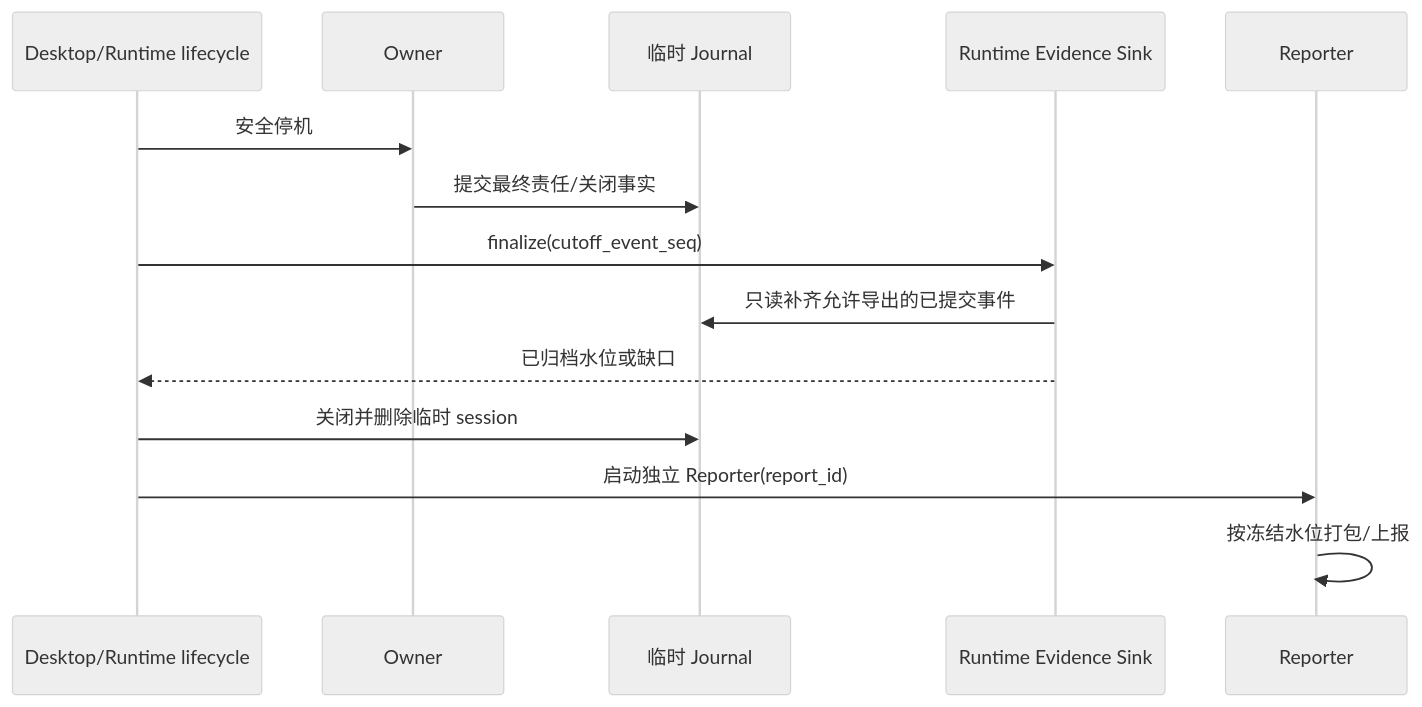
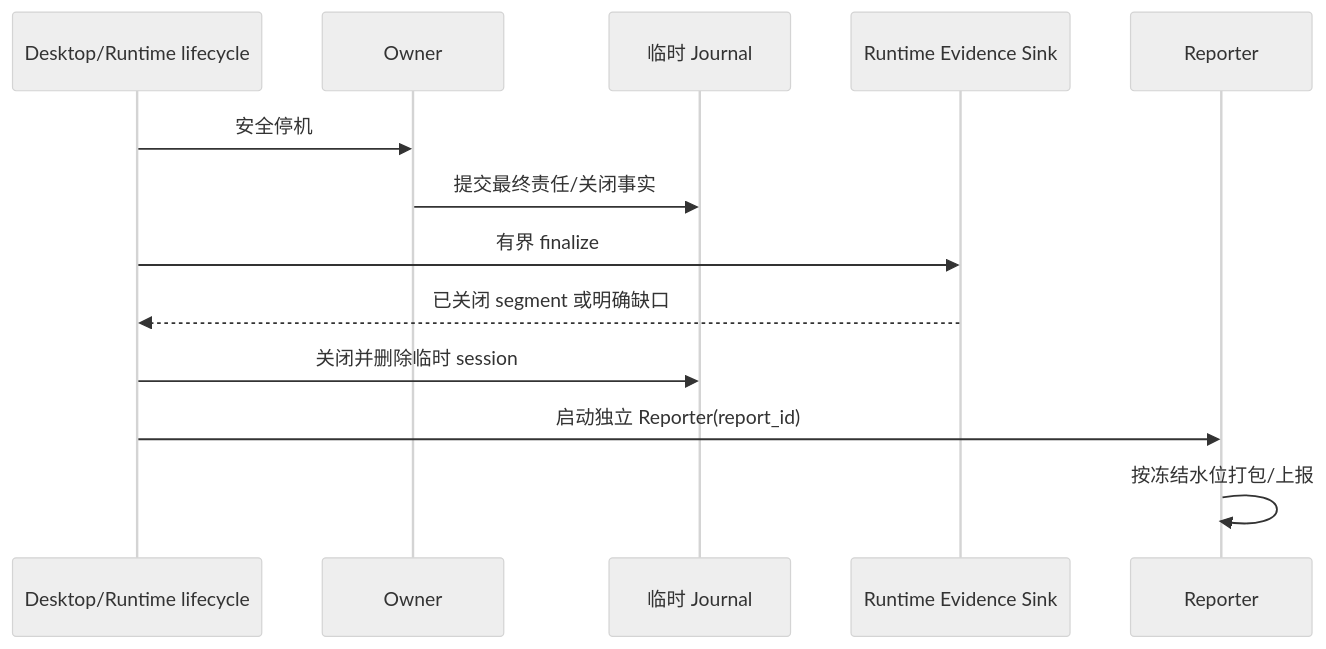
One commit to Yoruto/OnlineTrader changed the third of 3 diagrams in docs/refactor/runtime-workbench-diagnostics-reporting-20261124.md. Above: the diagram before and after it, drawn with Mermaid (neutral theme). The commit also changed other lines of this file and 39 other files, not shown here.

````diff
--- a/docs/refactor/runtime-workbench-diagnostics-reporting-20261124.md
+++ b/docs/refactor/runtime-workbench-diagnostics-reporting-20261124.md
@@ -416,16 +430,15 @@
 ```mermaid
 sequenceDiagram
     participant D as Desktop/Runtime lifecycle
     participant O as Owner
     participant J as 临时 Journal
     participant S as Runtime Evidence Sink
     participant R as Reporter
     D->>O: 安全停机
     O->>J: 提交最终责任/关闭事实
-    D->>S: finalize(cutoff_event_seq)
-    S->>J: 只读补齐允许导出的已提交事件
-    S-->>D: 已归档水位或缺口
+    D->>S: 有界 finalize
+    S-->>D: 已关闭 segment 或明确缺口
     D->>J: 关闭并删除临时 session
     D->>R: 启动独立 Reporter(report_id)
     R->>R: 按冻结水位打包/上报
 ```
````
